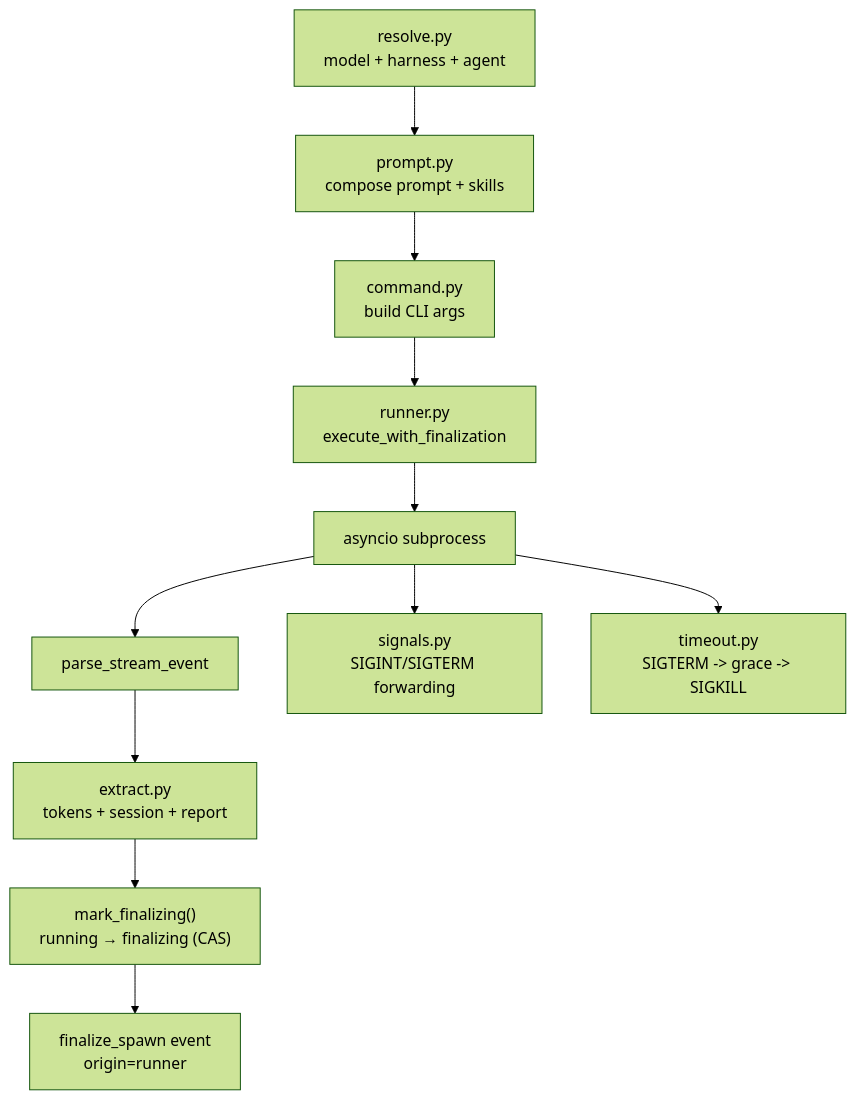
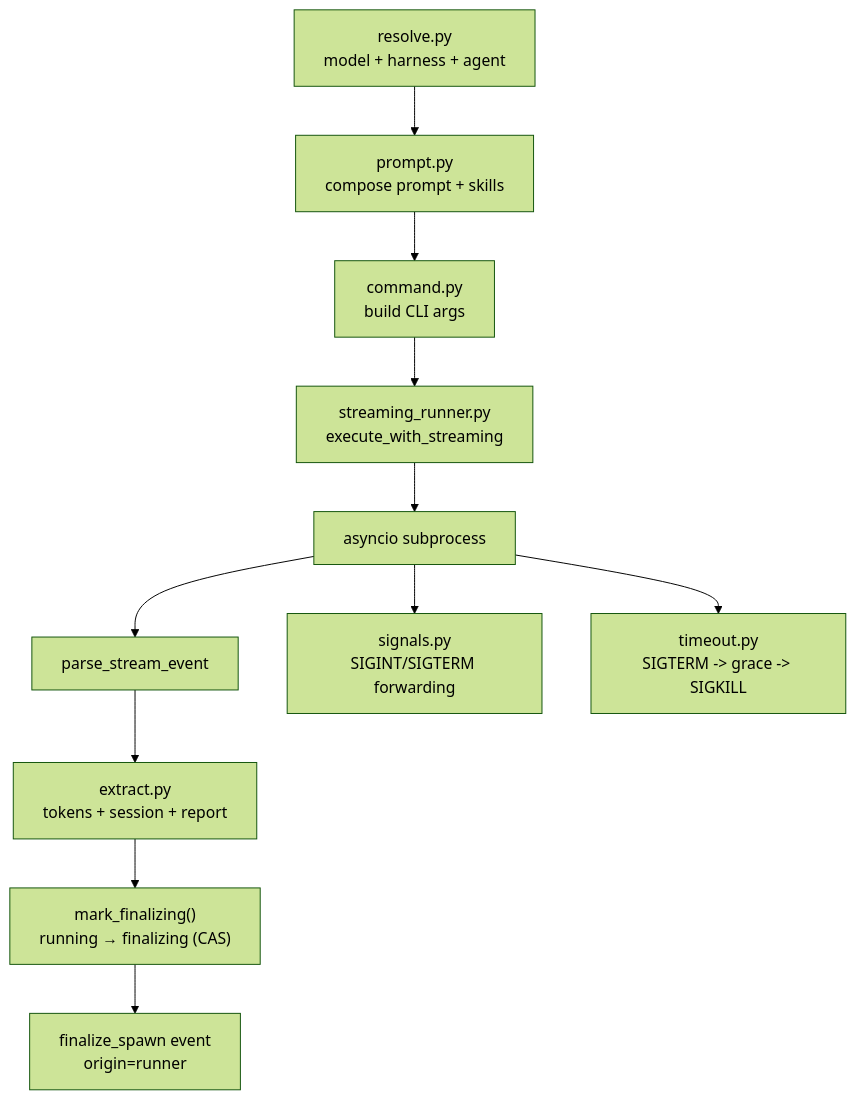
One commit to meridian-flow/meridian-cli changed the seventh of 8 diagrams in docs/_internal/ARCHITECTURE.md. Above: the diagram before and after it, drawn with Mermaid (forest theme). The commit also changed other lines of this file and 22 other files, not shown here.

````diff
--- a/docs/_internal/ARCHITECTURE.md
+++ b/docs/_internal/ARCHITECTURE.md
@@ -388,13 +388,13 @@
 ```mermaid
 graph TD
     Start["resolve.py<br/>model + harness + agent"] --> Prompt["prompt.py<br/>compose prompt + skills"]
     Prompt --> Command["command.py<br/>build CLI args"]
-    Command --> Runner["runner.py<br/>execute_with_finalization"]
+    Command --> Runner["streaming_runner.py<br/>execute_with_streaming"]
     Runner --> Subprocess["asyncio subprocess"]
     Subprocess --> Stream["parse_stream_event"]
     Subprocess --> Signals["signals.py<br/>SIGINT/SIGTERM forwarding"]
     Subprocess --> Timeout["timeout.py<br/>SIGTERM -> grace -> SIGKILL"]
     Stream --> Extract["extract.py<br/>tokens + session + report"]
     Extract --> MarkFinalizing["mark_finalizing()<br/>running → finalizing (CAS)"]
     MarkFinalizing --> Done["finalize_spawn event<br/>origin=runner"]
 ```
````
